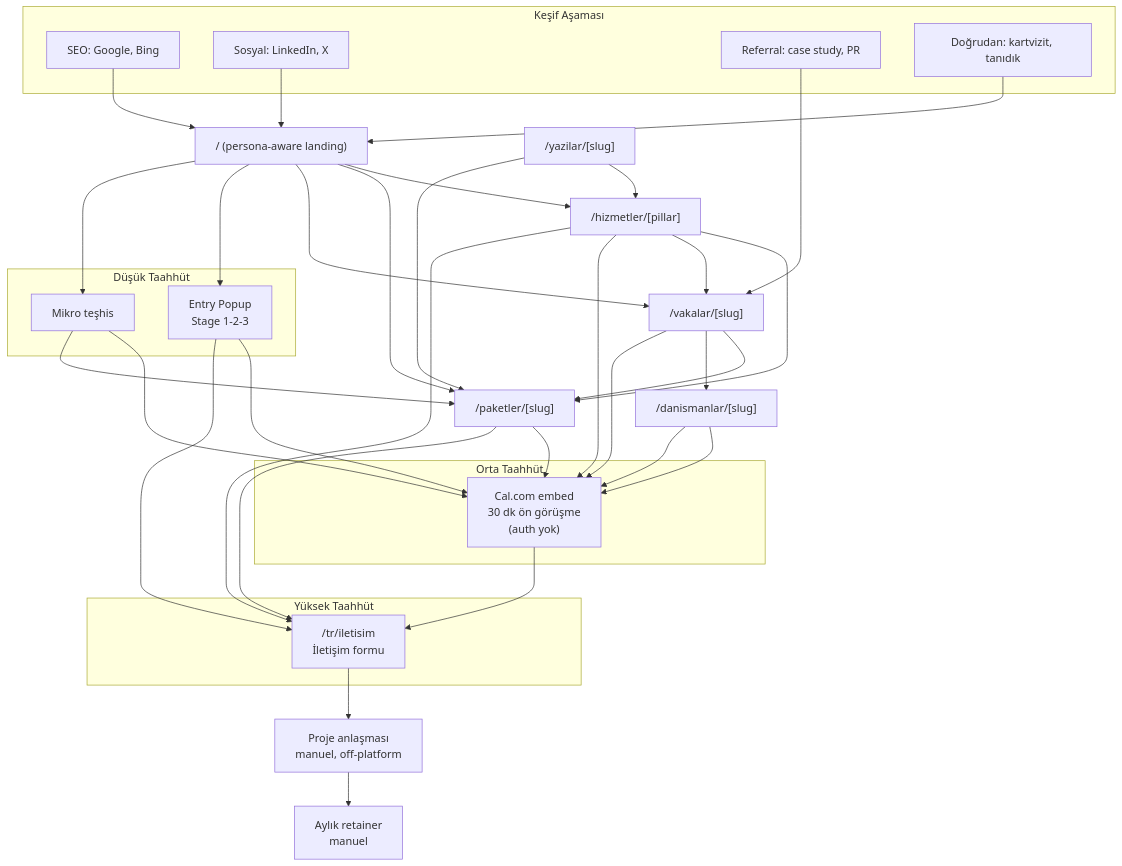
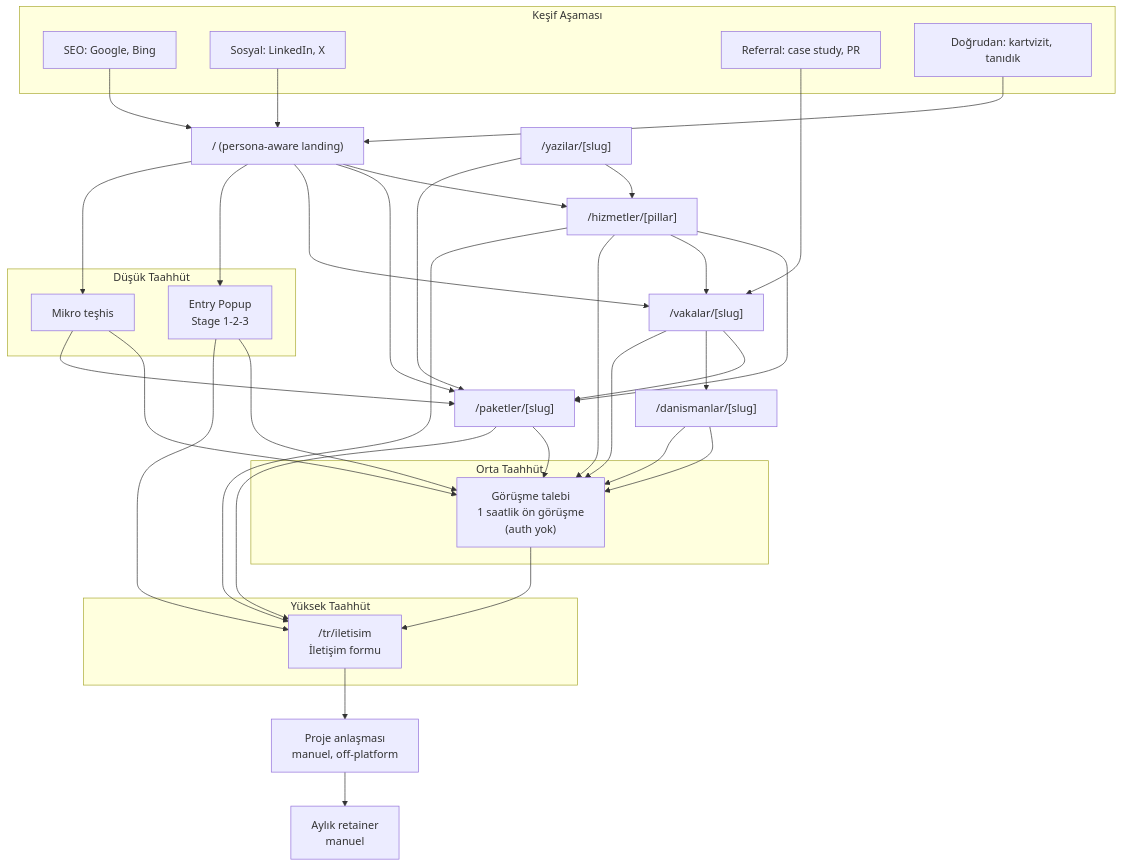
The first of 5 diagrams in docs/11-funnel-customer-flows.md (burakardaozgul/indoles_new), drawn with Mermaid before and after one commit. The commit also changed other lines of this file and 29 other files, not shown here.

First line of the commit message:
refactor(booking): Cal.com kaldırıldı (ADR-025), digital@ ve 1 saat eşitlemesi

````diff
--- a/docs/11-funnel-customer-flows.md
+++ b/docs/11-funnel-customer-flows.md
@@ -78,64 +78,64 @@
 ```mermaid
 flowchart TD
   subgraph Discovery["Keşif Aşaması"]
     SEO[SEO: Google, Bing]
     Social[Sosyal: LinkedIn, X]
     Referral[Referral: case study, PR]
     Direct[Doğrudan: kartvizit, tanıdık]
   end
 
   Home["/ (persona-aware landing)"]
   Pillar["/hizmetler/[pillar]"]
   Package["/paketler/[slug]"]
   Case["/vakalar/[slug]"]
   Consultant["/danismanlar/[slug]"]
   Article["/yazilar/[slug]"]
 
   SEO --> Home
   Social --> Home
   Referral --> Case
   Direct --> Home
 
   Home --> Pillar
   Home --> Package
   Home --> Case
   Pillar --> Package
   Pillar --> Case
   Case --> Package
   Case --> Consultant
   Consultant --> Booking
   Article --> Pillar
   Article --> Package
 
   subgraph Low["Düşük Taahhüt"]
     Popup[Entry Popup<br/>Stage 1-2-3]
     Diagnostic[Mikro teşhis]
   end
 
   subgraph Mid["Orta Taahhüt"]
-    Booking["Cal.com embed<br/>30 dk ön görüşme<br/>(auth yok)"]
+    Booking["Görüşme talebi<br/>1 saatlik ön görüşme<br/>(auth yok)"]
   end
 
   subgraph High["Yüksek Taahhüt"]
     Contact["/tr/iletisim<br/>İletişim formu"]
   end
 
   Home --> Popup
   Home --> Diagnostic
   Popup --> Booking
   Popup --> Contact
   Diagnostic --> Booking
   Diagnostic --> Package
 
   Pillar --> Booking
   Pillar --> Contact
   Package --> Booking
   Package --> Contact
   Case --> Booking
   Consultant --> Booking
 
   Booking --> Contact
   Contact --> Project["Proje anlaşması<br/>manuel, off-platform"]
 
   Project --> Retainer["Aylık retainer<br/>manuel"]
 ```
````
